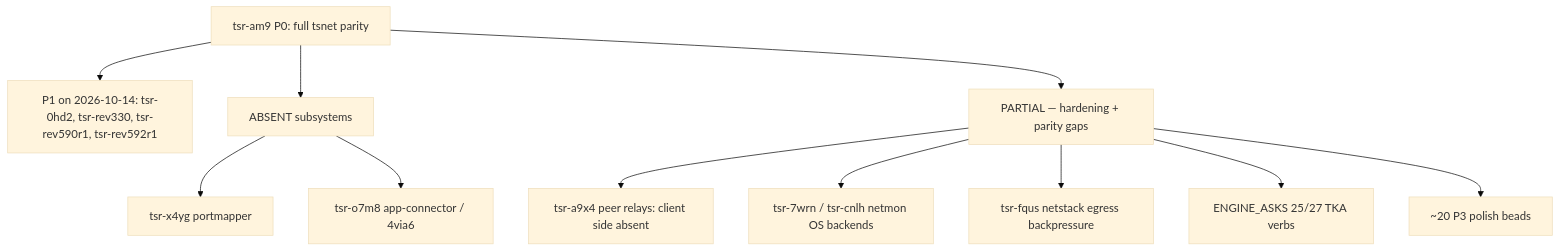
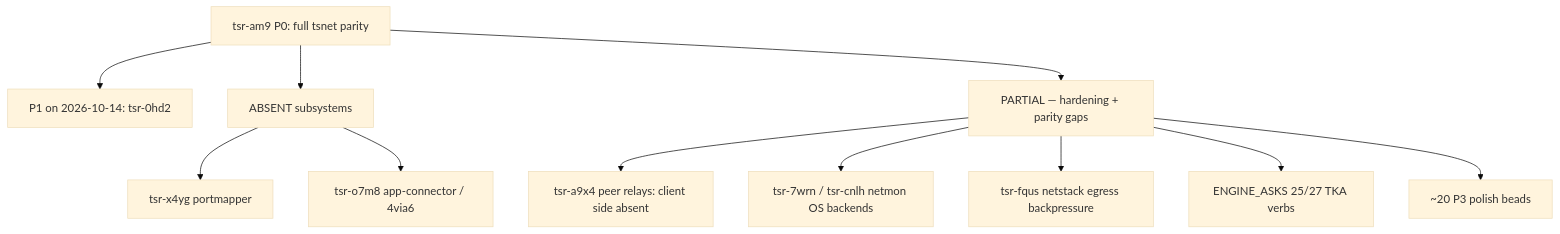
Before and after one commit to GeiserX/tailscale-rs: the diagram in docs/MIGRATION_STATUS.md, drawn with Mermaid (base theme). The commit also changed other lines of this file, not shown here.

````diff
--- a/docs/MIGRATION_STATUS.md
+++ b/docs/MIGRATION_STATUS.md
@@ -47,14 +47,14 @@
 ```mermaid
 graph TD
     EPIC[tsr-am9 P0: full tsnet parity]
-    EPIC --> P1[P1 on 2026-10-14: tsr-0hd2, tsr-rev330, tsr-rev590r1, tsr-rev592r1]
+    EPIC --> P1[P1 on 2026-10-14: tsr-0hd2]
     EPIC --> ABS[ABSENT subsystems]
     EPIC --> PART[PARTIAL — hardening + parity gaps]
     ABS --> X4[tsr-x4yg portmapper]
     ABS --> O7[tsr-o7m8 app-connector / 4via6]
     PART --> A9[tsr-a9x4 peer relays: client side absent]
     PART --> NETMON[tsr-7wrn / tsr-cnlh netmon OS backends]
     PART --> DOS[tsr-fqus netstack egress backpressure]
     PART --> TKA[ENGINE_ASKS 25/27 TKA verbs]
     PART --> TAIL[~20 P3 polish beads]
 ```
````
